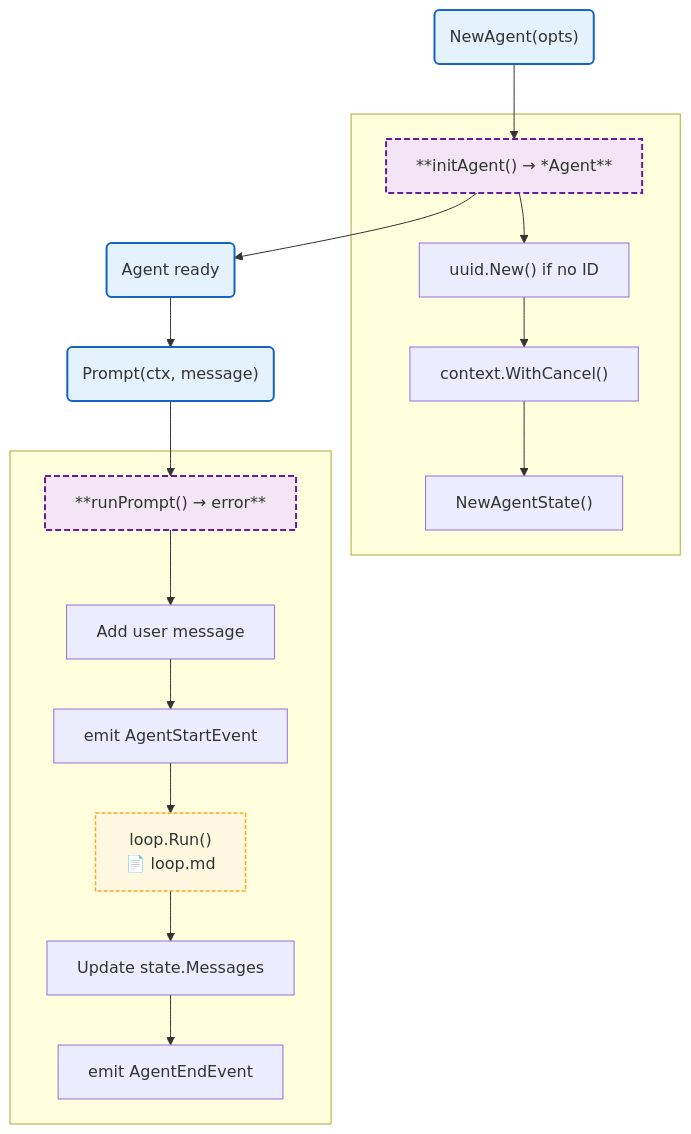
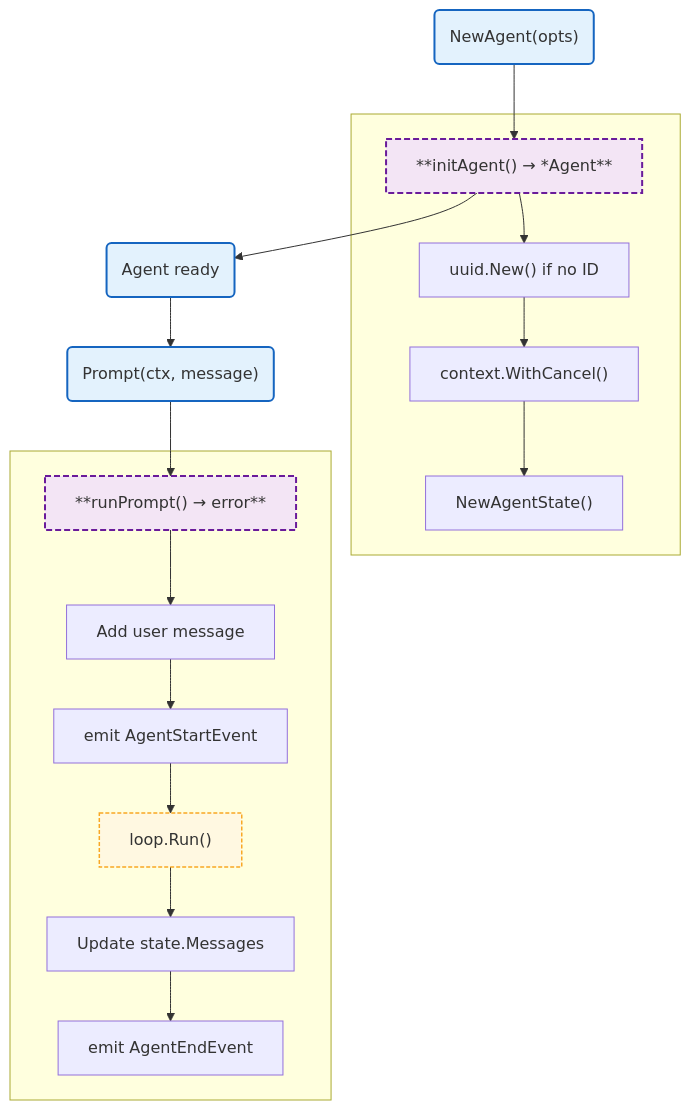
One commit to radch-ai/ava changed the diagram in docs/internal/agent/README.md. Above: the diagram before and after it, drawn with Mermaid. The commit also changed 8 other files, not shown here.

````diff
--- a/docs/internal/agent/README.md
+++ b/docs/internal/agent/README.md
@@ -7,33 +7,34 @@
 ```mermaid
 flowchart TB
     Start("NewAgent(opts)") --> HInit
 
     subgraph SGInit [" "]
         HInit["**initAgent() → *Agent**"]
         HInit --> GenID["uuid.New() if no ID"]
         GenID --> CreateCtx["context.WithCancel()"]
         CreateCtx --> NewState["NewAgentState()"]
     end
 
     HInit --> AgentReady("Agent ready")
     AgentReady --> Prompt("Prompt(ctx, message)")
     Prompt --> HPrompt
 
     subgraph SGPrompt [" "]
         HPrompt["**runPrompt() → error**"]
         HPrompt --> AddMsg["Add user message"]
         AddMsg --> EmitStart["emit AgentStartEvent"]
-        EmitStart --> RunLoop["loop.Run()
-        📄 loop.md"]
+        EmitStart --> RunLoop["loop.Run()"]
         RunLoop --> UpdateState["Update state.Messages"]
         UpdateState --> EmitEnd["emit AgentEndEvent"]
     end
+
+    click RunLoop href "loop.md"
 
     classDef mainFn fill:#e3f2fd,stroke:#1565c0,stroke-width:2px
     classDef internalFn fill:#f3e5f5,stroke:#6a1b9a,stroke-width:2px,stroke-dasharray:6 3
     classDef localPkgs fill:#fff8e1,stroke:#f9a825,stroke-width:1.5px,stroke-dasharray:4 2
 
     class Start,AgentReady,Prompt mainFn
     class HInit,HPrompt internalFn
     class RunLoop localPkgs
 ```
````
